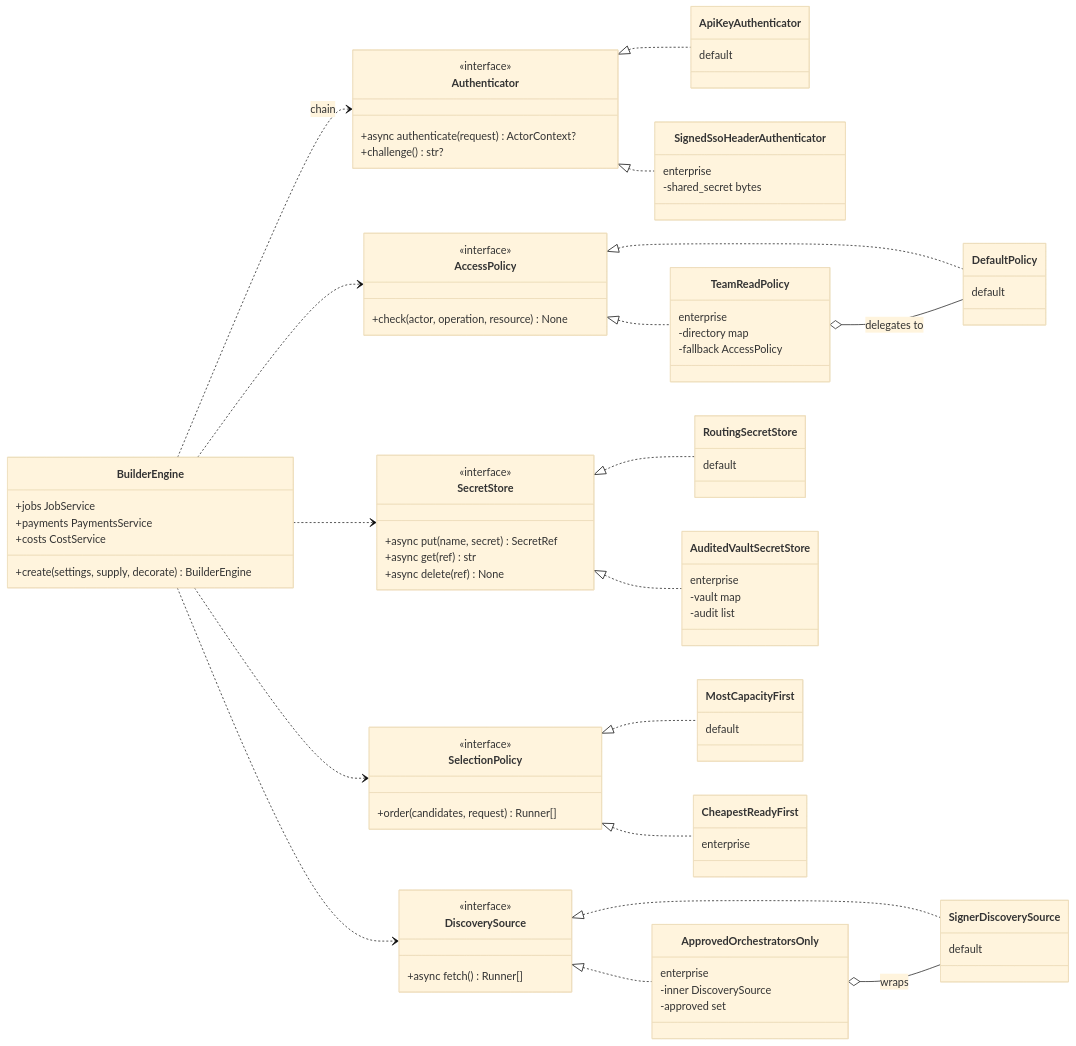
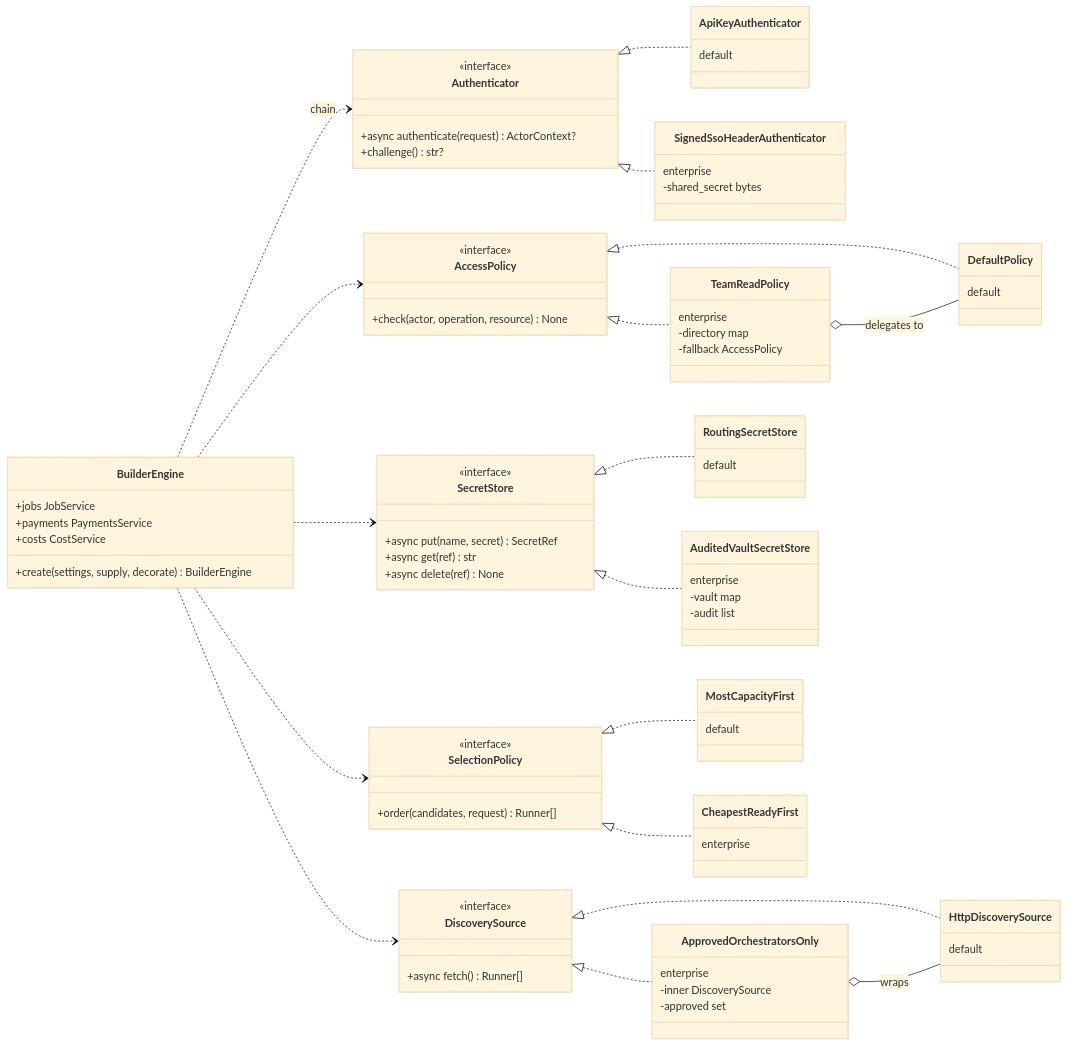
The diagram in docs/design-docs/extending-the-engine.md (NE-Build-Track/livepeer-builder-core), drawn with Mermaid (base theme) before and after one commit. The commit also changed other lines of this file and 19 other files, not shown here.

```diff
--- a/docs/design-docs/extending-the-engine.md
+++ b/docs/design-docs/extending-the-engine.md
@@ -78,7 +79,7 @@
     class MostCapacityFirst {
         default
     }
-    class SignerDiscoverySource {
+    class HttpDiscoverySource {
         default
     }
     class SignedSsoHeaderAuthenticator {
@@ -112,9 +113,9 @@
     SecretStore <|.. AuditedVaultSecretStore
     SelectionPolicy <|.. MostCapacityFirst
     SelectionPolicy <|.. CheapestReadyFirst
-    DiscoverySource <|.. SignerDiscoverySource
+    DiscoverySource <|.. HttpDiscoverySource
     DiscoverySource <|.. ApprovedOrchestratorsOnly
-    ApprovedOrchestratorsOnly o-- SignerDiscoverySource : wraps
+    ApprovedOrchestratorsOnly o-- HttpDiscoverySource : wraps
     BuilderEngine ..> Authenticator : chain
     BuilderEngine ..> AccessPolicy
     BuilderEngine ..> SecretStore
```
